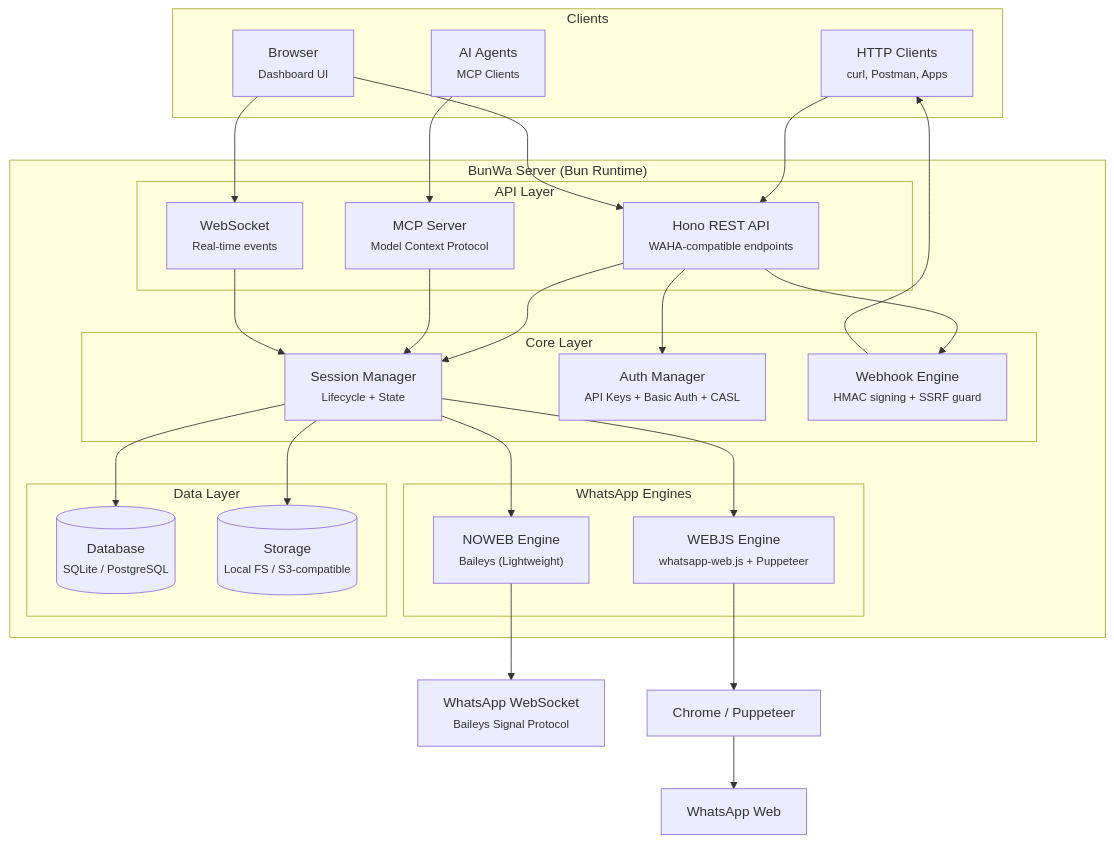
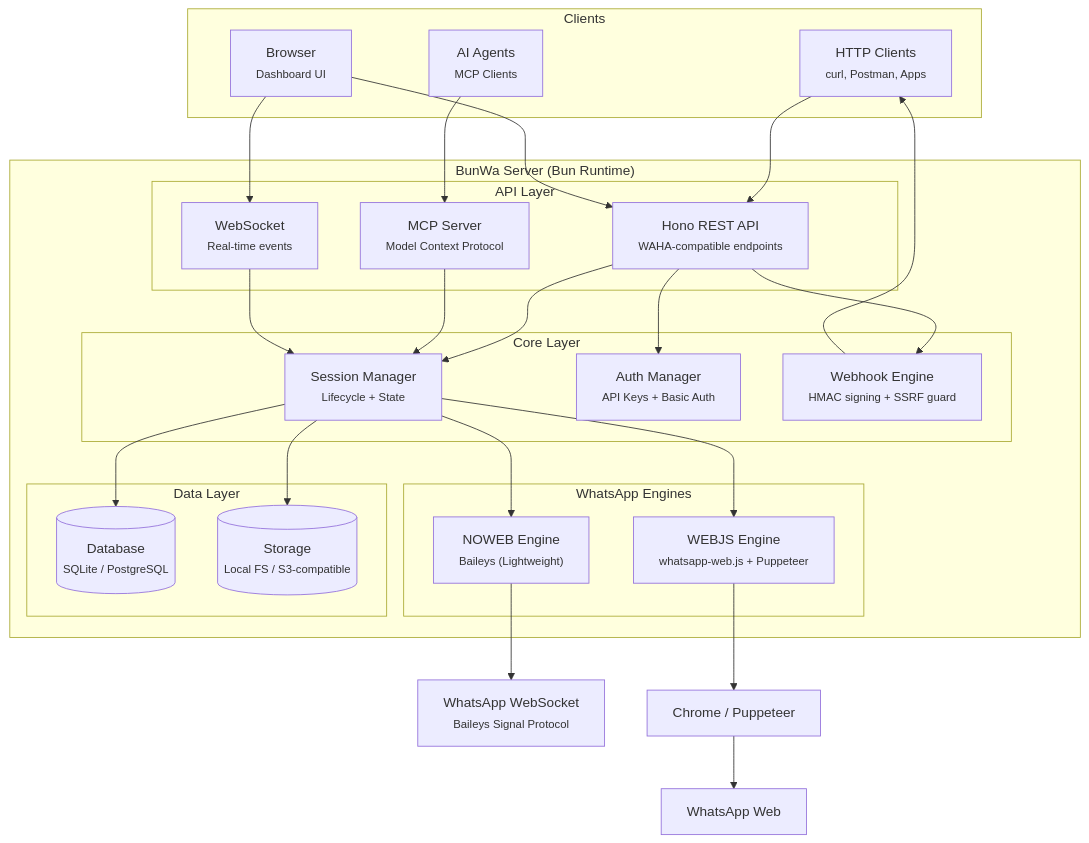
The diagram in README.md (LoopyOratory/BunWa), drawn with Mermaid before and after one commit. The commit also changed other lines of this file and 25 other files, not shown here.

````diff
--- a/README.md
+++ b/README.md
@@ -184,54 +182,54 @@
 ```mermaid
 graph TB
     subgraph Clients["Clients"]
         HTTP["HTTP Clients<br/><small>curl, Postman, Apps</small>"]
         AI["AI Agents<br/><small>MCP Clients</small>"]
         Browser["Browser<br/><small>Dashboard UI</small>"]
     end
 
     subgraph BunWa["BunWa Server (Bun Runtime)"]
         subgraph API["API Layer"]
             Hono["Hono REST API<br/><small>WAHA-compatible endpoints</small>"]
             MCP["MCP Server<br/><small>Model Context Protocol</small>"]
             WS["WebSocket<br/><small>Real-time events</small>"]
         end
 
         subgraph Core["Core Layer"]
             SM["Session Manager<br/><small>Lifecycle + State</small>"]
-            AM["Auth Manager<br/><small>API Keys + Basic Auth + CASL</small>"]
+            AM["Auth Manager<br/><small>API Keys + Basic Auth</small>"]
             WH["Webhook Engine<br/><small>HMAC signing + SSRF guard</small>"]
         end
 
         subgraph Engines["WhatsApp Engines"]
             NOWEB["NOWEB Engine<br/><small>Baileys (Lightweight)</small>"]
             WEBJS["WEBJS Engine<br/><small>whatsapp-web.js + Puppeteer</small>"]
         end
 
         subgraph Data["Data Layer"]
             DB[("Database<br/><small>SQLite / PostgreSQL</small>")]
             ST[("Storage<br/><small>Local FS / S3-compatible</small>")]
         end
     end
 
     HTTP --> Hono
     AI --> MCP
     Browser --> Hono
     Browser --> WS
 
     Hono --> SM
     Hono --> AM
     MCP --> SM
     WS --> SM
 
     SM --> NOWEB
     SM --> WEBJS
 
     SM --> DB
     SM --> ST
     Hono --> WH
     WH --> HTTP
 
     NOWEB --> WhatsApp["WhatsApp WebSocket<br/><small>Baileys Signal Protocol</small>"]
     WEBJS --> Chrome["Chrome / Puppeteer"]
     Chrome --> WhatsAppWeb["WhatsApp Web"]
 ```
````
